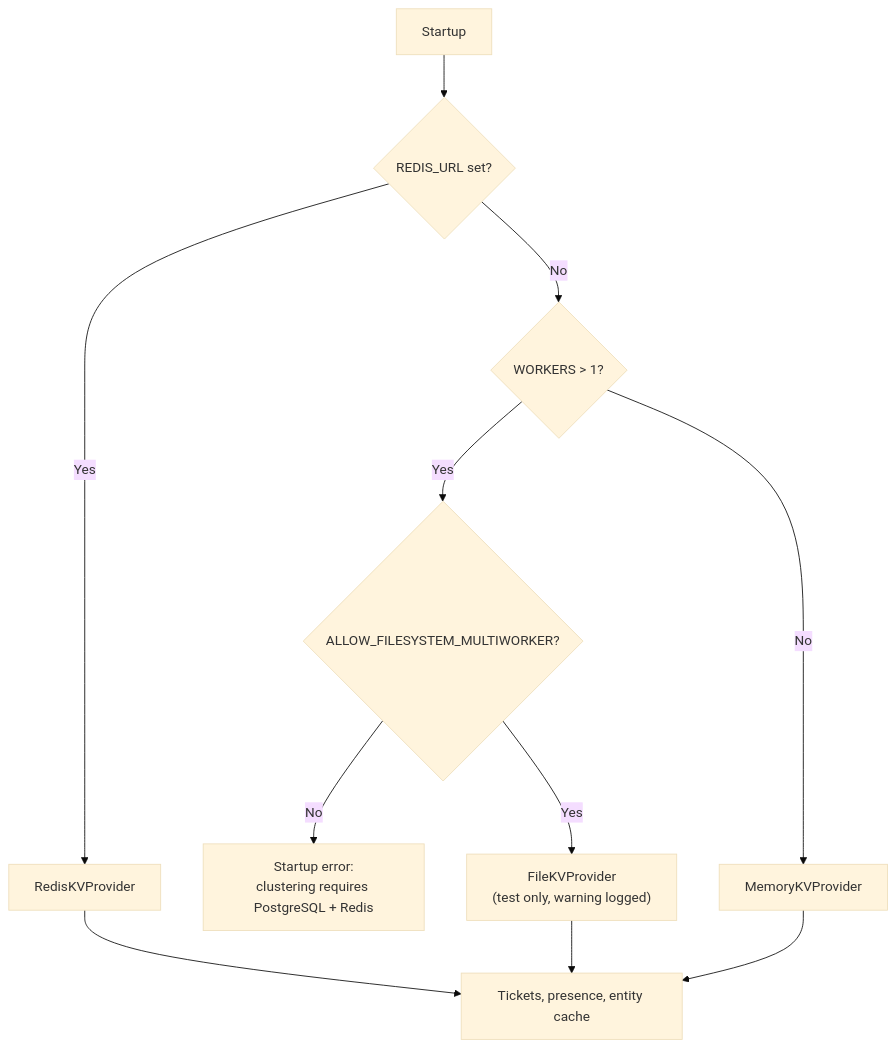
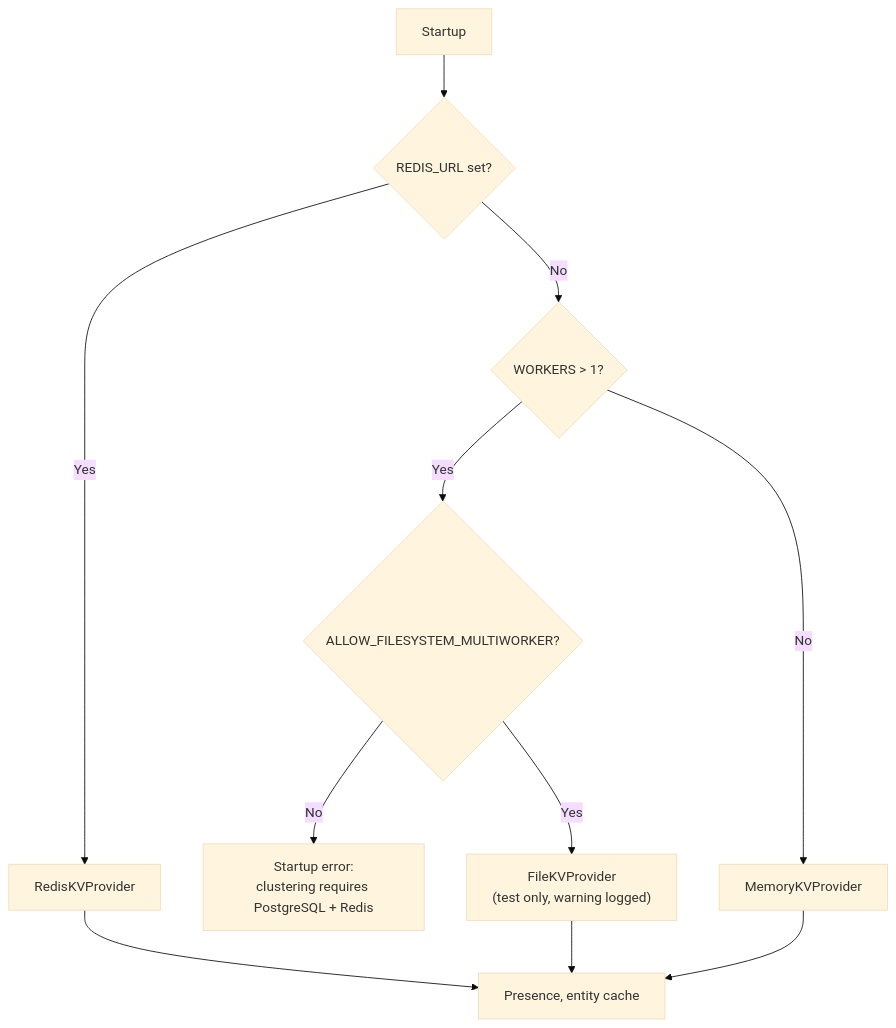
One commit to fullstackedorg/tunnels changed the diagram in docs/3-subsystems/key-value-store.md. Above: the diagram before and after it, drawn with Mermaid (base theme). The commit also changed other lines of this file and 56 other files, not shown here.

````diff
--- a/docs/3-subsystems/key-value-store.md
+++ b/docs/3-subsystems/key-value-store.md
@@ -3,12 +3,12 @@
 ```mermaid
 flowchart TD
     Init["Startup"] --> Redis{"REDIS_URL set?"}
     Redis -->|"Yes"| RedisKV["RedisKVProvider"]
     Redis -->|"No"| Workers{"WORKERS > 1?"}
     Workers -->|"Yes"| Flag{"ALLOW_FILESYSTEM_MULTIWORKER?"}
     Flag -->|"No"| Invalid["Startup error:\nclustering requires PostgreSQL + Redis"]
     Flag -->|"Yes"| FileKV["FileKVProvider\n(test only, warning logged)"] --> Uses
     Workers -->|"No"| MemKV["MemoryKVProvider"]
-    RedisKV --> Uses["Tickets, presence, entity cache"]
+    RedisKV --> Uses["Presence, entity cache"]
     MemKV --> Uses
 ```
````
